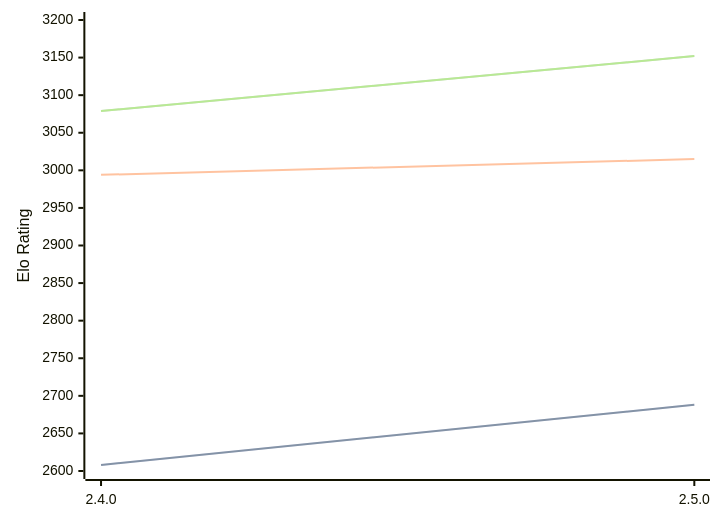
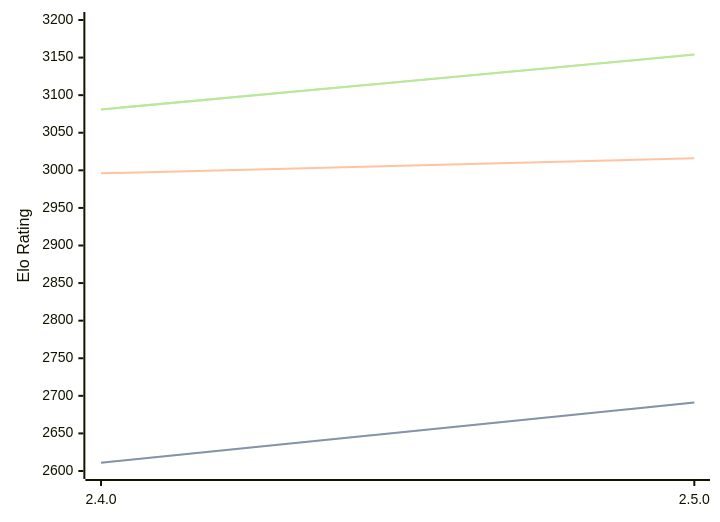
One commit to computer-chess-index/cci changed the diagram in engines/Sturddle2.md. Above: the diagram before and after it, drawn with Mermaid. The commit also changed other lines of this file, not shown here.

Commit message:
Update CCI Ratings (ELO VLTC) - 2026-08-09

````diff
--- a/engines/Sturddle2.md
+++ b/engines/Sturddle2.md
@@ -32,11 +32,11 @@
 ```mermaid
 %%{init: {"theme":"base","themeVariables":{"seriesColors:['#a3a3a3','#222221','#faa371']}}}%%
 xychart-beta
   x-axis ["2.4.0", "2.5.0"]
   y-axis "Elo Rating" 2600 --> 3200
-  line "STC (8.0+0.08s)" [2608, 2688]
-  line "STC (8.0+0.08s)" [2608, 2688]
-  line "LTC (60.0+0.60s)" [2994, 3015]
-  line "VLTC (2m24s+1.12s)" [3079, 3152]
-  line "VLTC (2m24s+1.12s)" [3079, 3152]
+  line "STC (8.0+0.08s)" [2611, 2691]
+  line "STC (8.0+0.08s)" [2611, 2691]
+  line "LTC (60.0+0.60s)" [2996, 3016]
+  line "VLTC (2m24s+1.12s)" [3081, 3154]
+  line "VLTC (2m24s+1.12s)" [3081, 3154]
 ```
````
